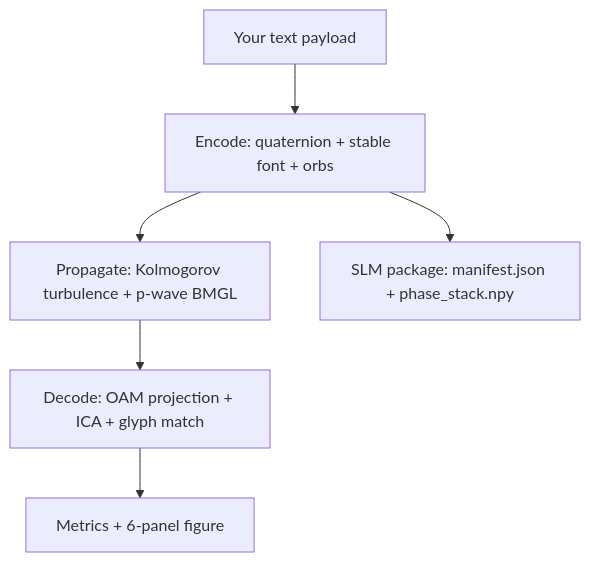
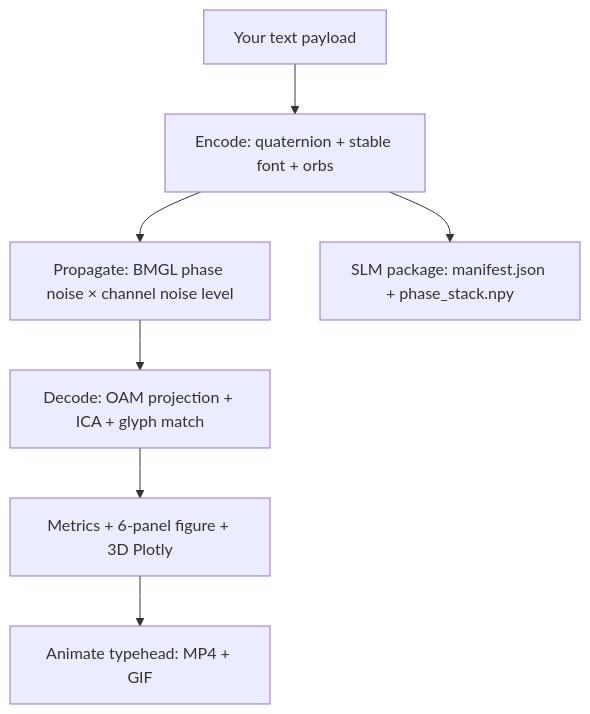
Before and after one commit to kinaar8340/vqc_proto: the second of 2 diagrams in docs/HF_SPACE_README.md, drawn with Mermaid. The commit also changed other lines of this file and 9 other files, not shown here.

````diff
--- a/docs/HF_SPACE_README.md
+++ b/docs/HF_SPACE_README.md
@@ -62,8 +64,9 @@
 ```mermaid
 flowchart TB
     P[Your text payload] --> E[Encode: quaternion + stable font + orbs]
-    E --> T[Propagate: Kolmogorov turbulence + p-wave BMGL]
+    E --> T[Propagate: BMGL phase noise × channel noise level]
     T --> D[Decode: OAM projection + ICA + glyph match]
-    D --> M[Metrics + 6-panel figure]
+    D --> M[Metrics + 6-panel figure + 3D Plotly]
     E --> S[SLM package: manifest.json + phase_stack.npy]
+    M --> A[Animate typehead: MP4 + GIF]
 ```
````
